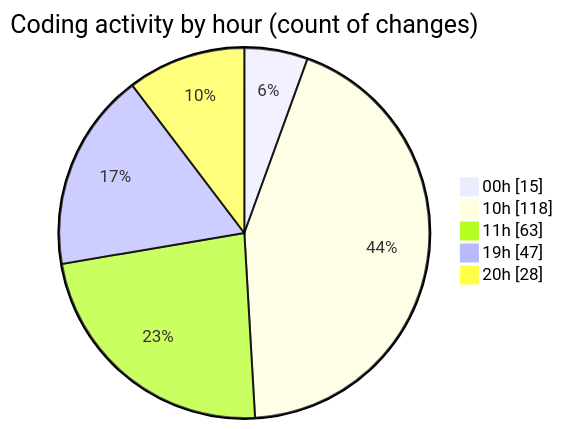
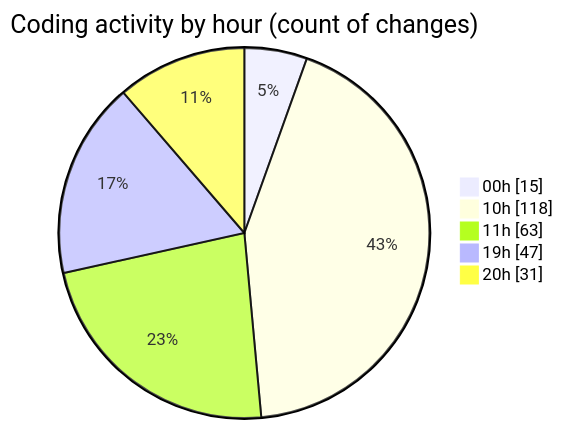
One commit to Ritupan-Deka/code-tracking changed the second of 2 diagrams in 2026-01-11/dsa/README.md. Above: the diagram before and after it, drawn with Mermaid. The commit also changed other lines of this file and 1 other file, not shown here.

````diff
--- a/2026-01-11/dsa/README.md
+++ b/2026-01-11/dsa/README.md
@@ -29,9 +29,9 @@
 ```mermaid
 pie showData
 title Coding activity by hour (count of changes)
 "00h" : 15
 "10h" : 118
 "11h" : 63
 "19h" : 47
-"20h" : 28
+"20h" : 31
 ```
````
